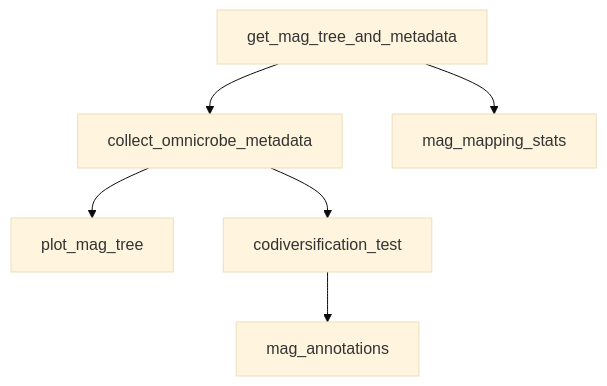
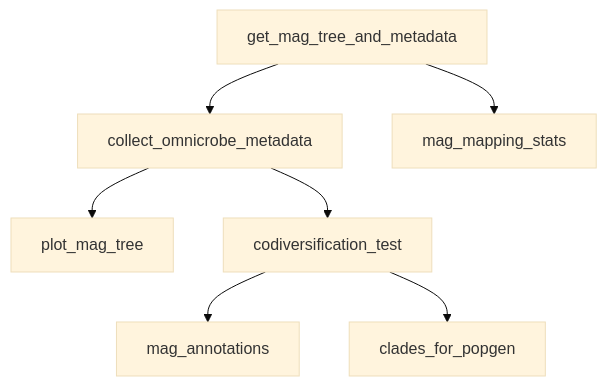
One commit to markella-moraitou/mammal_oral_microbiome_stats changed the third of 3 diagrams in README.md. Above: the diagram before and after it, drawn with Mermaid (base theme). The commit also changed other lines of this file and 1 other file, not shown here.

Commit message:
Generate tables of MAG clades on which to run pop gen analysis

````diff
--- a/README.md
+++ b/README.md
@@ -33,8 +34,9 @@
 ```mermaid # Not sure if accurate, double check
 flowchart TD;
     A[get_mag_tree_and_metadata]-->B[collect_omnicrobe_metadata]
     A-->C[mag_mapping_stats]
     B-->D[plot_mag_tree]
     B-->E[codiversification_test]
     E-->F[mag_annotations]
+    E-->G[clades_for_popgen]
 ```
````
